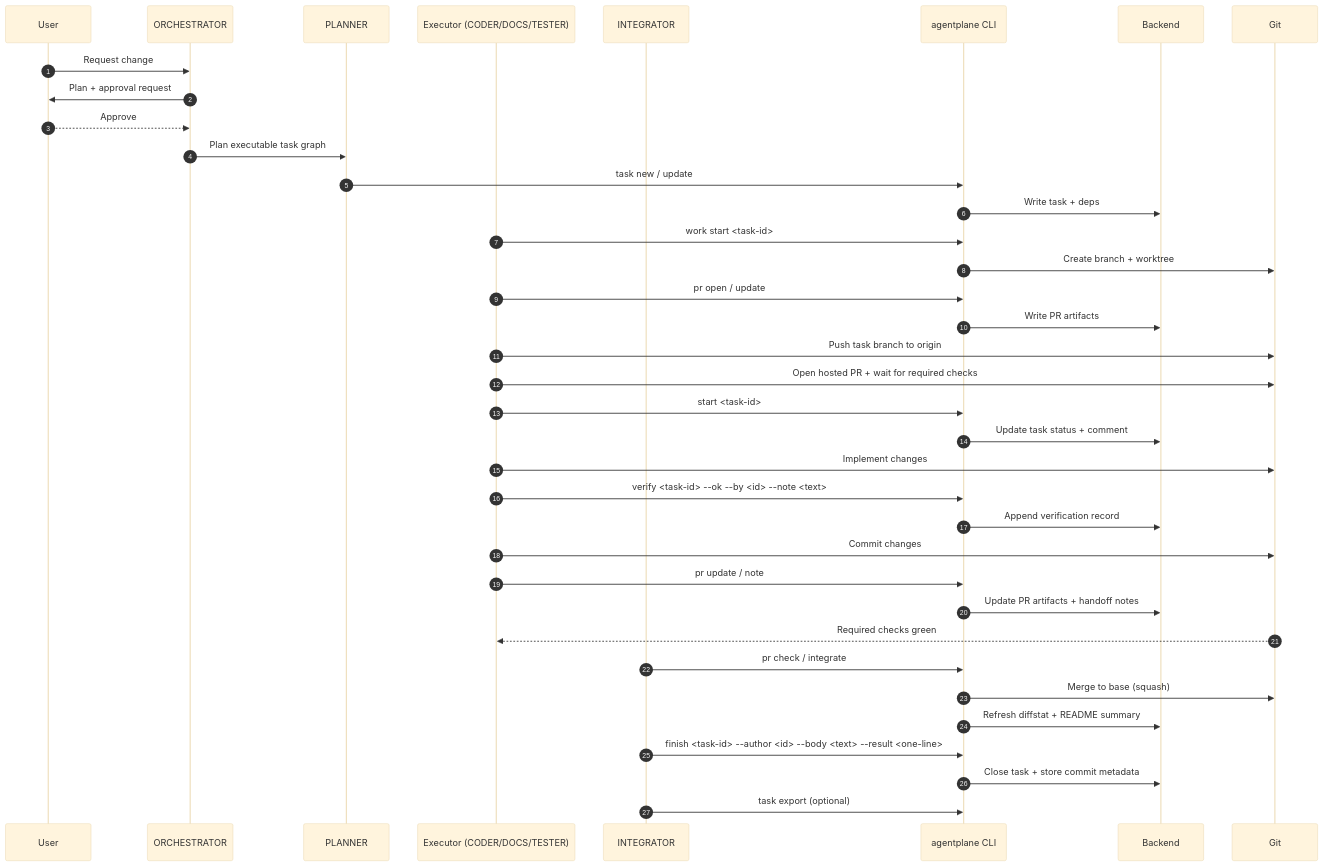
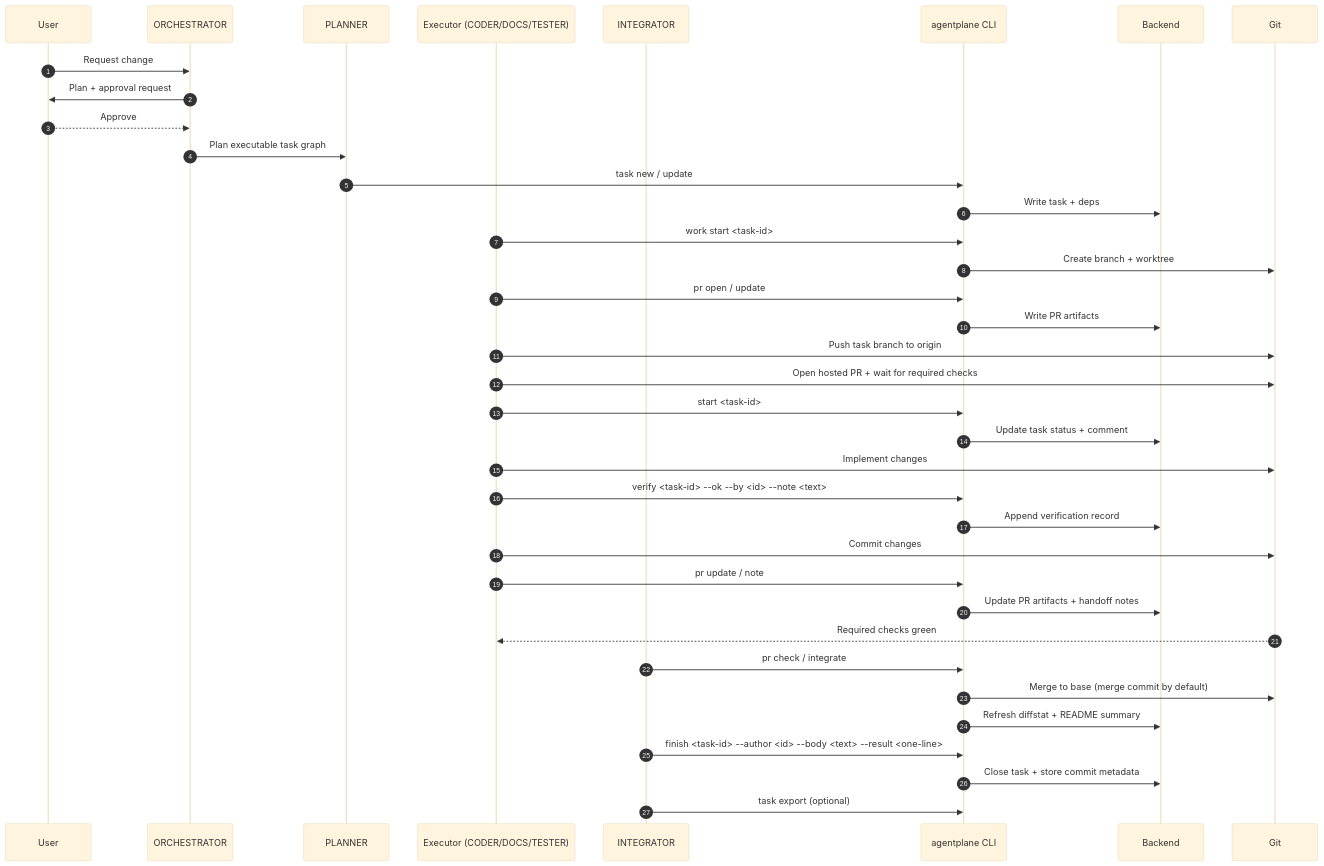
The third of 3 diagrams in docs/user/task-lifecycle.mdx (basilisk-labs/agentplane), drawn with Mermaid (base theme) before and after one commit. The commit also changed other lines of this file and 12 other files, not shown here.

````diff
--- a/docs/user/task-lifecycle.mdx
+++ b/docs/user/task-lifecycle.mdx
@@ -153,40 +155,40 @@
 ```mermaid
 sequenceDiagram
   autonumber
   participant U as User
   participant O as ORCHESTRATOR
   participant P as PLANNER
   participant E as Executor (CODER/DOCS/TESTER)
   participant I as INTEGRATOR
   participant CLI as agentplane CLI
   participant B as Backend
   participant G as Git
 
   U->>O: Request change
   O->>U: Plan + approval request
   U-->>O: Approve
   O->>P: Plan executable task graph
   P->>CLI: task new / update
   CLI->>B: Write task + deps
   E->>CLI: work start <task-id>
   CLI->>G: Create branch + worktree
   E->>CLI: pr open / update
   CLI->>B: Write PR artifacts
   E->>G: Push task branch to origin
   E->>G: Open hosted PR + wait for required checks
   E->>CLI: start <task-id>
   CLI->>B: Update task status + comment
   E->>G: Implement changes
   E->>CLI: verify <task-id> --ok --by <id> --note <text>
   CLI->>B: Append verification record
   E->>G: Commit changes
   E->>CLI: pr update / note
   CLI->>B: Update PR artifacts + handoff notes
   G-->>E: Required checks green
   I->>CLI: pr check / integrate
-  CLI->>G: Merge to base (squash)
+  CLI->>G: Merge to base (merge commit by default)
   CLI->>B: Refresh diffstat + README summary
   I->>CLI: finish <task-id> --author <id> --body <text> --result <one-line>
   CLI->>B: Close task + store commit metadata
   I->>CLI: task export (optional)
 ```
````
